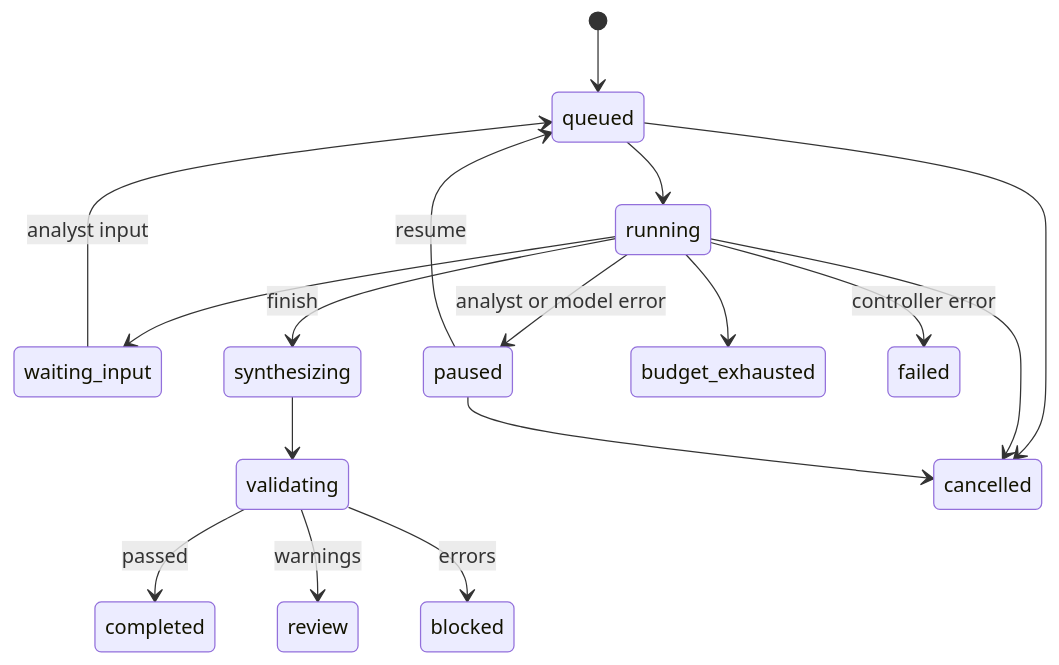
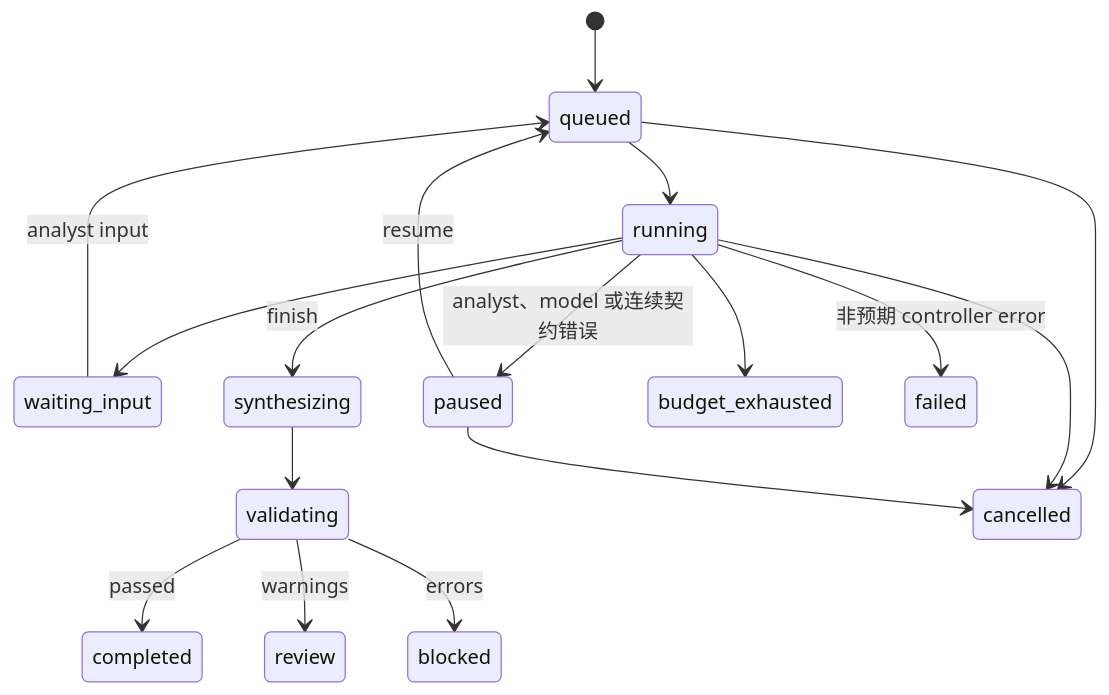
The second of 2 diagrams in docs/RESPONSE_AGENT.md (leo022/defensive-ai-gateway), drawn with Mermaid before and after one commit. The commit also changed other lines of this file and 9 other files, not shown here.

````diff
--- a/docs/RESPONSE_AGENT.md
+++ b/docs/RESPONSE_AGENT.md
@@ -118,19 +163,19 @@
 ```mermaid
 stateDiagram-v2
     [*] --> queued
     queued --> running
     running --> waiting_input
     waiting_input --> queued: analyst input
-    running --> paused: analyst or model error
+    running --> paused: analyst、model 或连续契约错误
     paused --> queued: resume
     running --> synthesizing: finish
     synthesizing --> validating
     validating --> completed: passed
     validating --> review: warnings
     validating --> blocked: errors
     running --> budget_exhausted
     queued --> cancelled
     running --> cancelled
     paused --> cancelled
-    running --> failed: controller error
+    running --> failed: 非预期 controller error
 ```
````
